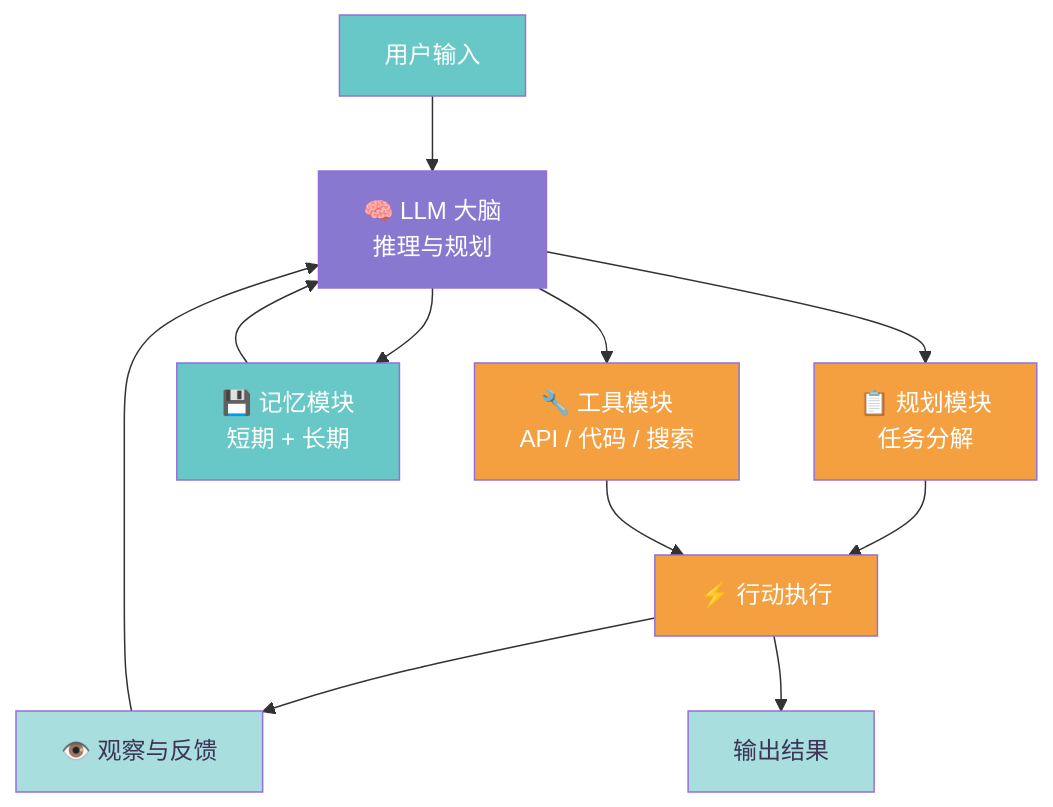
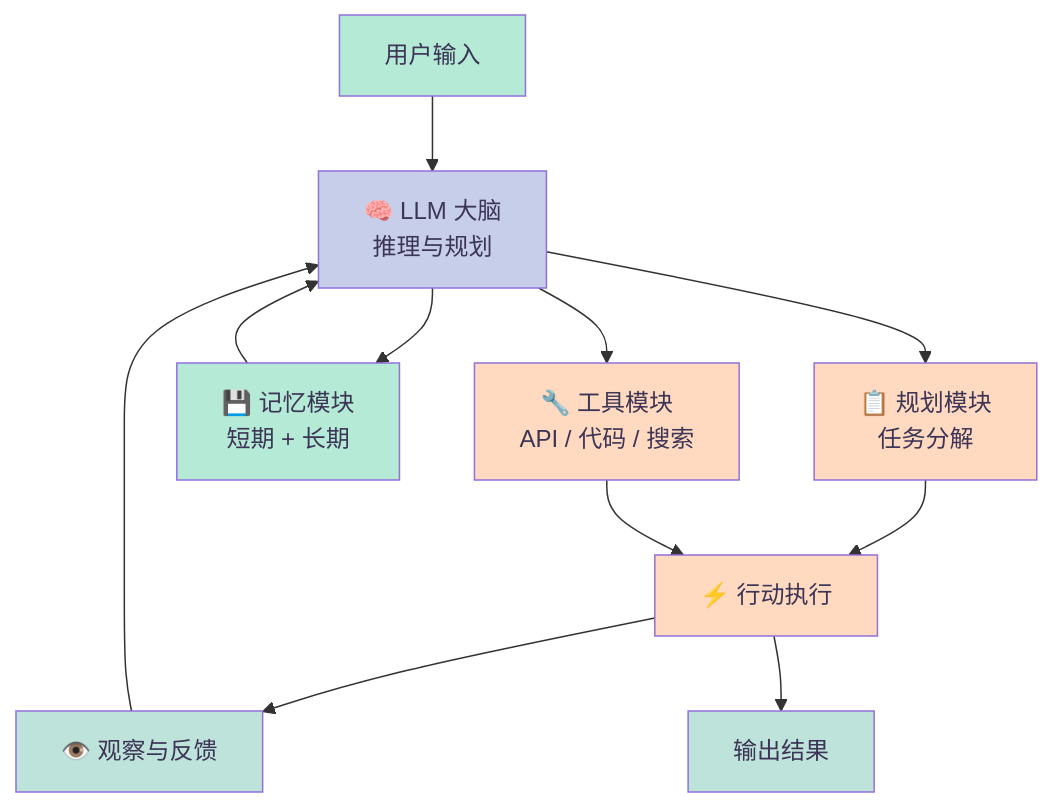
The fifth of 12 diagrams in _posts/2026-04-15-ai-agent.md (caoping0623/caoping0623.github.io), drawn with Mermaid before and after one commit. The commit also changed other lines of this file, not shown here.

First line of the commit message:
style: update all mermaid diagram node colors to macaron (pastel) palette

```diff
--- a/_posts/2026-04-15-ai-agent.md
+++ b/_posts/2026-04-15-ai-agent.md
@@ -160,22 +160,22 @@
 <div class="mermaid">
 graph TB
     User[用户输入] --> Brain[🧠 LLM 大脑<br/>推理与规划]
     Brain --> Plan[📋 规划模块<br/>任务分解]
     Brain --> Mem[💾 记忆模块<br/>短期 + 长期]
     Brain --> Tool[🔧 工具模块<br/>API / 代码 / 搜索]
     Plan --> Act[⚡ 行动执行]
     Mem --> Brain
     Tool --> Act
     Act --> Obs[👁️ 观察与反馈]
     Obs --> Brain
     Act --> Output[输出结果]
 
-    style User fill:#68c8c8,color:#ffffff
-    style Brain fill:#8878d0,color:#ffffff
-    style Plan fill:#f5a040,color:#ffffff
-    style Mem fill:#68c8c8,color:#ffffff
-    style Tool fill:#f5a040,color:#ffffff
-    style Act fill:#f5a040,color:#ffffff
-    style Obs fill:#a8dede,color:#3d3556
-    style Output fill:#a8dede,color:#3d3556
+    style User fill:#b5ead7,color:#3d3556
+    style Brain fill:#c7ceea,color:#3d3556
+    style Plan fill:#ffdac1,color:#3d3556
+    style Mem fill:#b5ead7,color:#3d3556
+    style Tool fill:#ffdac1,color:#3d3556
+    style Act fill:#ffdac1,color:#3d3556
+    style Obs fill:#bee3db,color:#3d3556
+    style Output fill:#bee3db,color:#3d3556
 </div>
```
